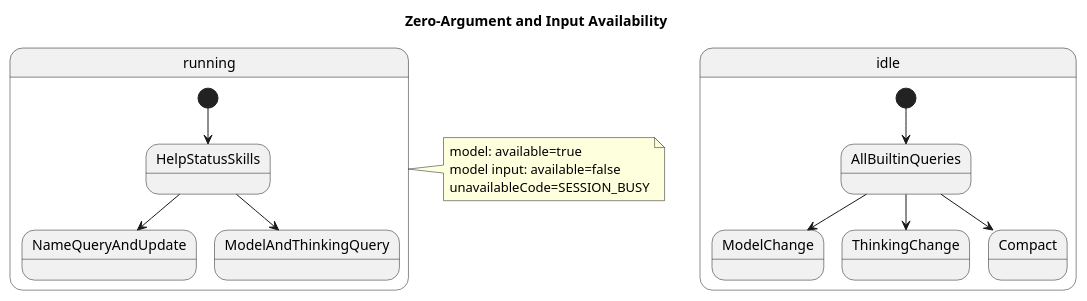
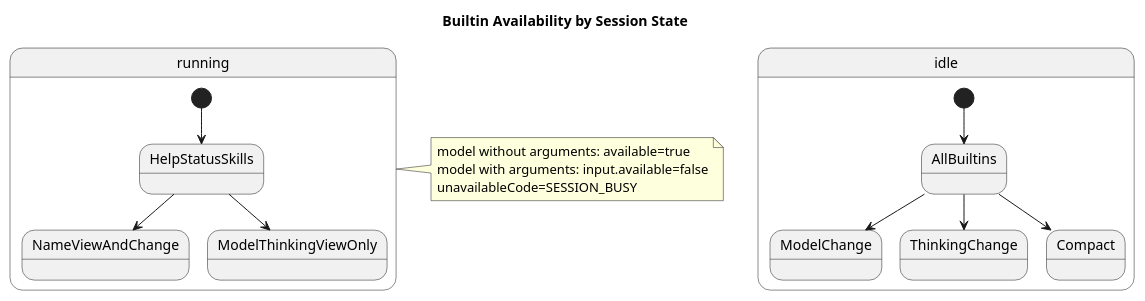
Before and after one commit to ssm0808/pi-mono-java-design: the second of 3 diagrams in 04-命令与技能/01-内置命令/设计图/diagram.puml, drawn with PlantUML. The commit also changed other lines of this file and 34 other files, not shown here.

```diff
--- a/04-命令与技能/01-内置命令/设计图/diagram.puml
+++ b/04-命令与技能/01-内置命令/设计图/diagram.puml
@@ -26,27 +26,27 @@
 @startuml builtin_availability
-title Zero-Argument and Input Availability
+title Builtin Availability by Session State
 skinparam shadowing false
 
 ' Source evidence: codex@be33f80b codex-rs/tui/src/chatwidget/slash_dispatch.rs:134-157
 ' Observed behavior: Codex blocks commands by task state at dispatch time.
-' Target design: the catalog exposes separate availability for zero-argument and input invocation.
+' Target design: the catalog reports execution without and with arguments separately.
 
 state idle {
-  [*] --> AllBuiltinQueries
-  AllBuiltinQueries --> ModelChange
-  AllBuiltinQueries --> ThinkingChange
-  AllBuiltinQueries --> Compact
+  [*] --> AllBuiltins
+  AllBuiltins --> ModelChange
+  AllBuiltins --> ThinkingChange
+  AllBuiltins --> Compact
 }
 
 state running {
   [*] --> HelpStatusSkills
-  HelpStatusSkills --> NameQueryAndUpdate
-  HelpStatusSkills --> ModelAndThinkingQuery
+  HelpStatusSkills --> NameViewAndChange
+  HelpStatusSkills --> ModelThinkingViewOnly
 }
 
 note right of running
-model: available=true
-model input: available=false
+model without arguments: available=true
+model with arguments: input.available=false
 unavailableCode=SESSION_BUSY
 end note
 @enduml
```
